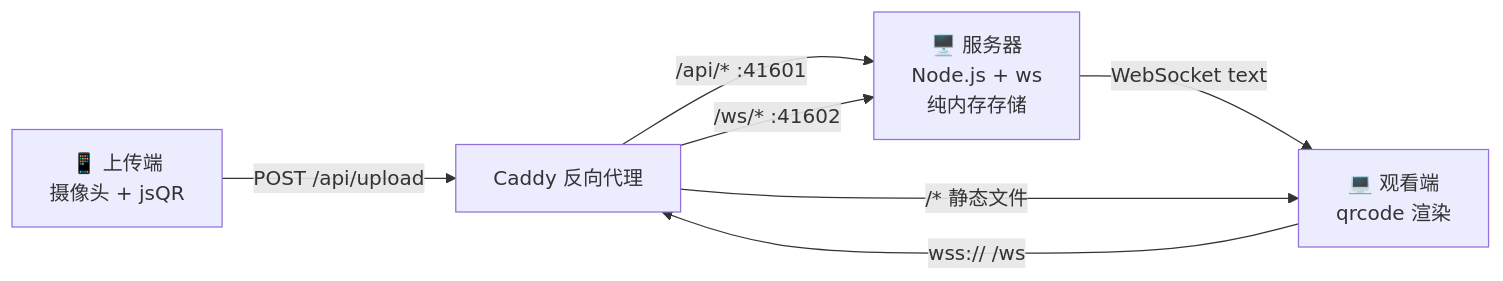
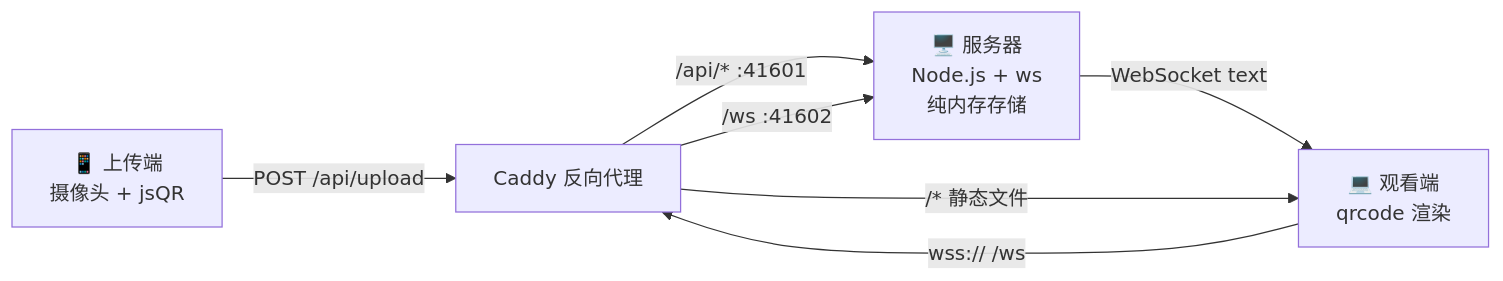
One commit to Dynesshely/Live-QR changed the first of 2 diagrams in README.md. Above: the diagram before and after it, drawn with Mermaid. The commit also changed other lines of this file and 76 other files, not shown here.

````diff
--- a/README.md
+++ b/README.md
@@ -49,16 +71,16 @@
 ```mermaid
 flowchart LR
     A[📱 上传端<br/>摄像头 + jsQR]
     S[🖥️ 服务器<br/>Node.js + ws<br/>纯内存存储]
     V[💻 观看端<br/>qrcode 渲染]
 
     Caddy[Caddy 反向代理]
 
     A -->|POST /api/upload| Caddy
     Caddy -->|/api/* :41601| S
     V -->|wss:// /ws| Caddy
-    Caddy -->|/ws/* :41602| S
+    Caddy -->|/ws :41602| S
     S -->|WebSocket text| V
 
     Caddy -->|/* 静态文件| V
 ```
````
